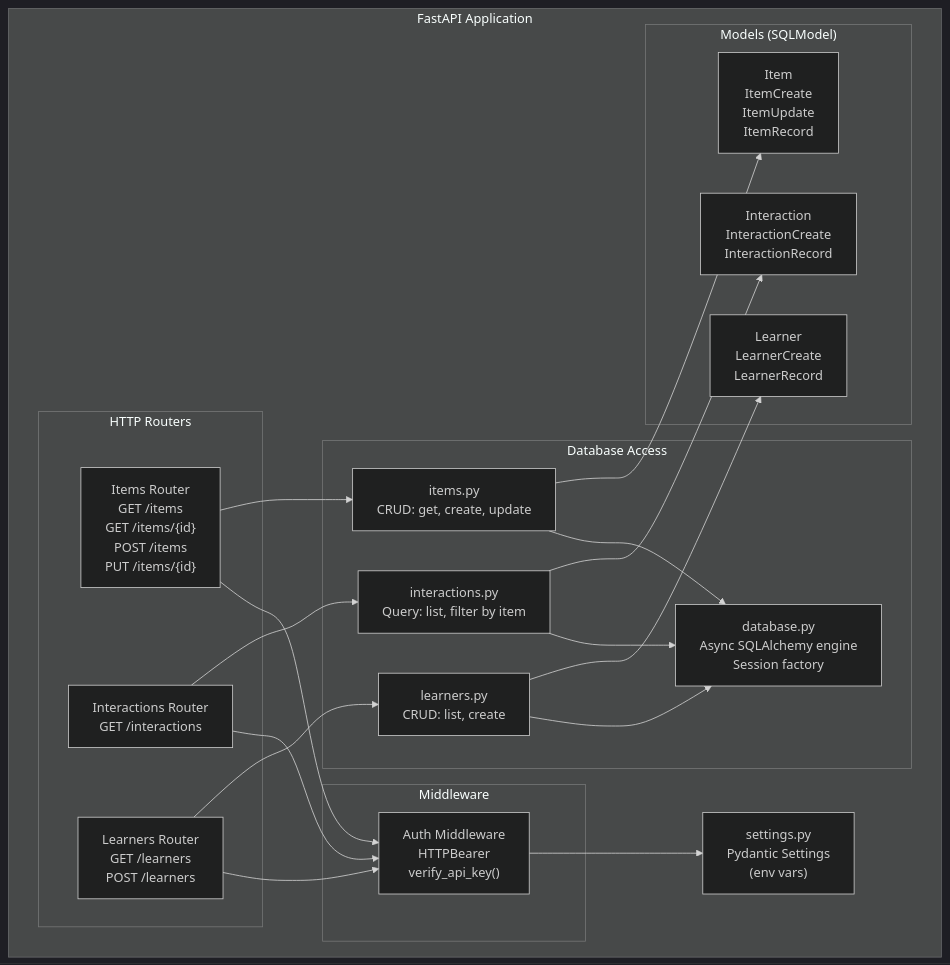
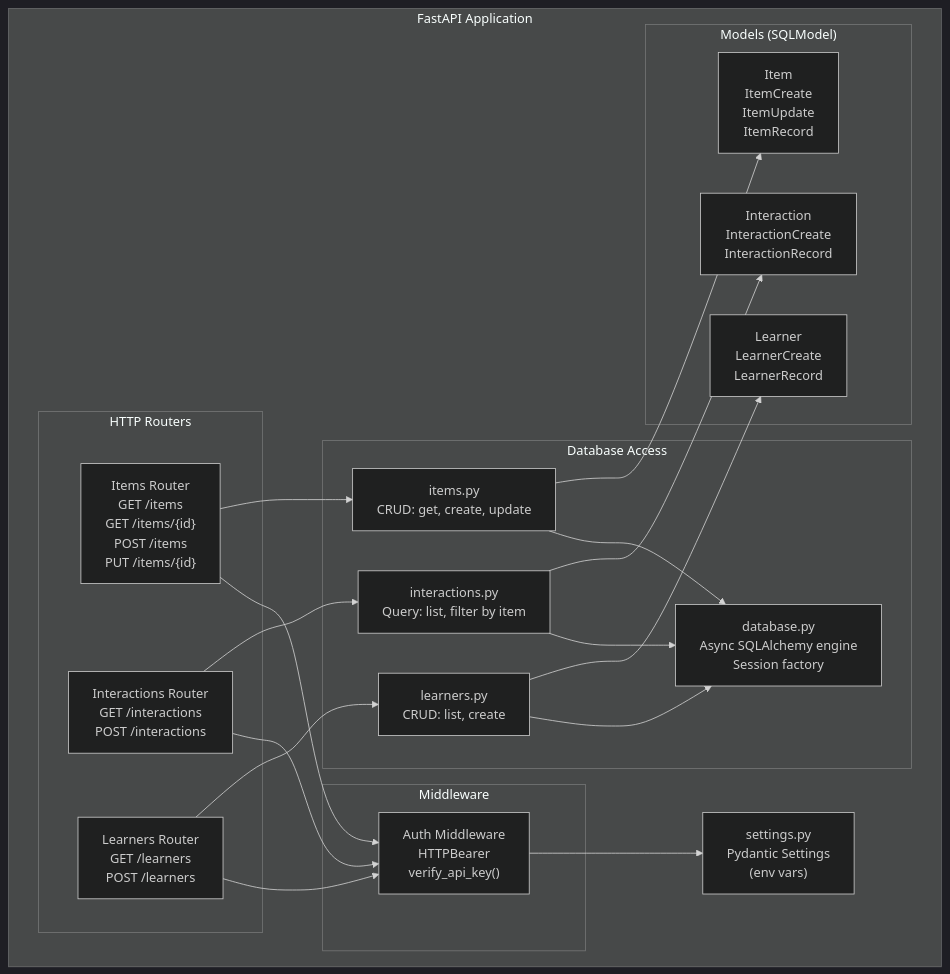
One commit to inno-se-toolkit/se-toolkit-lab-4 changed the fourth of 7 diagrams in docs/design/architecture.md. Above: the diagram before and after it, drawn with Mermaid (dark theme). The commit also changed other lines of this file and 6 other files, not shown here.

First line of the commit message:
feat: add POST /interactions endpoint and fix docs naming

````diff
--- a/docs/design/architecture.md
+++ b/docs/design/architecture.md
@@ -167,43 +167,43 @@
 ```mermaid
 graph TD
     subgraph "FastAPI Application"
         subgraph "HTTP Routers"
             IR["Items Router\nGET /items\nGET /items/{id}\nPOST /items\nPUT /items/{id}"]
-            INTR["Interactions Router\nGET /interactions"]
+            INTR["Interactions Router\nGET /interactions\nPOST /interactions"]
             LR["Learners Router\nGET /learners\nPOST /learners"]
         end
 
         subgraph "Middleware"
             AUTH["Auth Middleware\nHTTPBearer\nverify_api_key()"]
         end
 
         subgraph "Database Access"
             IDB["items.py\nCRUD: get, create, update"]
             INTDB["interactions.py\nQuery: list, filter by item"]
             LDB["learners.py\nCRUD: list, create"]
             CONN["database.py\nAsync SQLAlchemy engine\nSession factory"]
         end
 
         subgraph "Models (SQLModel)"
             IM["Item\nItemCreate\nItemUpdate\nItemRecord"]
             INTM["Interaction\nInteractionCreate\nInteractionRecord"]
             LM["Learner\nLearnerCreate\nLearnerRecord"]
         end
 
         CFG["settings.py\nPydantic Settings\n(env vars)"]
     end
 
     IR --> AUTH
     INTR --> AUTH
     LR --> AUTH
     IR --> IDB
     INTR --> INTDB
     LR --> LDB
     IDB --> CONN
     INTDB --> CONN
     LDB --> CONN
     IDB --> IM
     INTDB --> INTM
     LDB --> LM
     AUTH --> CFG
 ```
````
